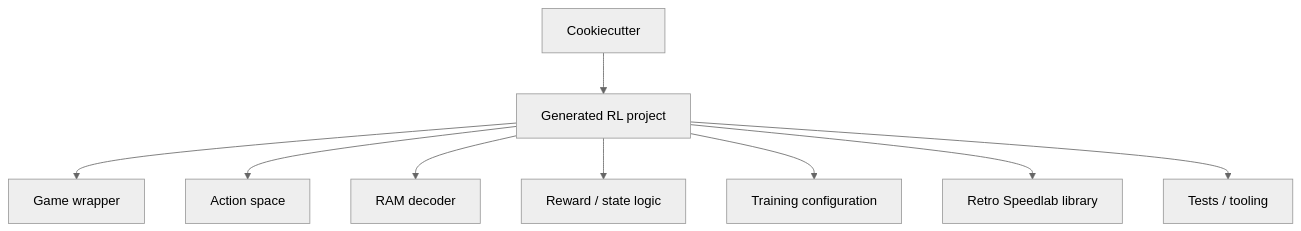
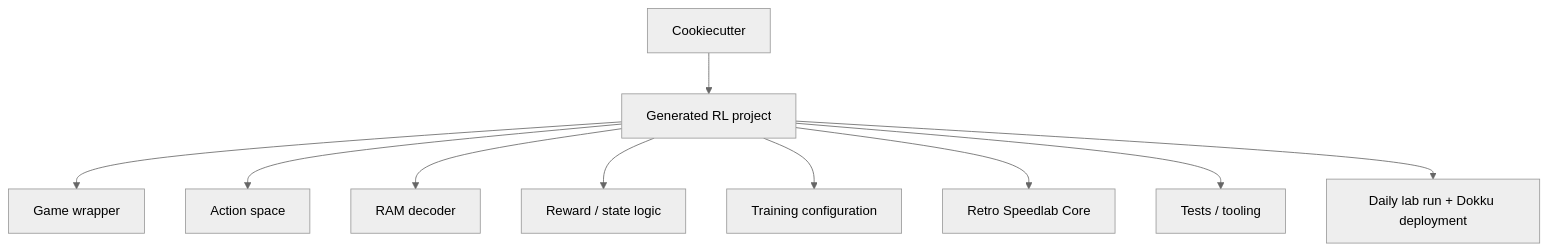
Before and after one commit to datenwissenschaften/retro-speedlab: the first of 2 diagrams in README.md, drawn with Mermaid (neutral theme). The commit also changed other lines of this file and 4 other files, not shown here.

First line of the commit message:
feat(template): generate game packages for the Retro Speedlab lab

````diff
--- a/README.md
+++ b/README.md
@@ -11,11 +13,12 @@
 ```mermaid
 flowchart TD
     CC[Cookiecutter] --> GEN[Generated RL project]
     GEN --> A[Game wrapper]
     GEN --> B[Action space]
     GEN --> C[RAM decoder]
     GEN --> D[Reward / state logic]
     GEN --> E[Training configuration]
-    GEN --> F[Retro Speedlab library]
+    GEN --> F[Retro Speedlab Core]
     GEN --> G[Tests / tooling]
+    GEN --> H[Daily lab run + Dokku deployment]
 ```
````
